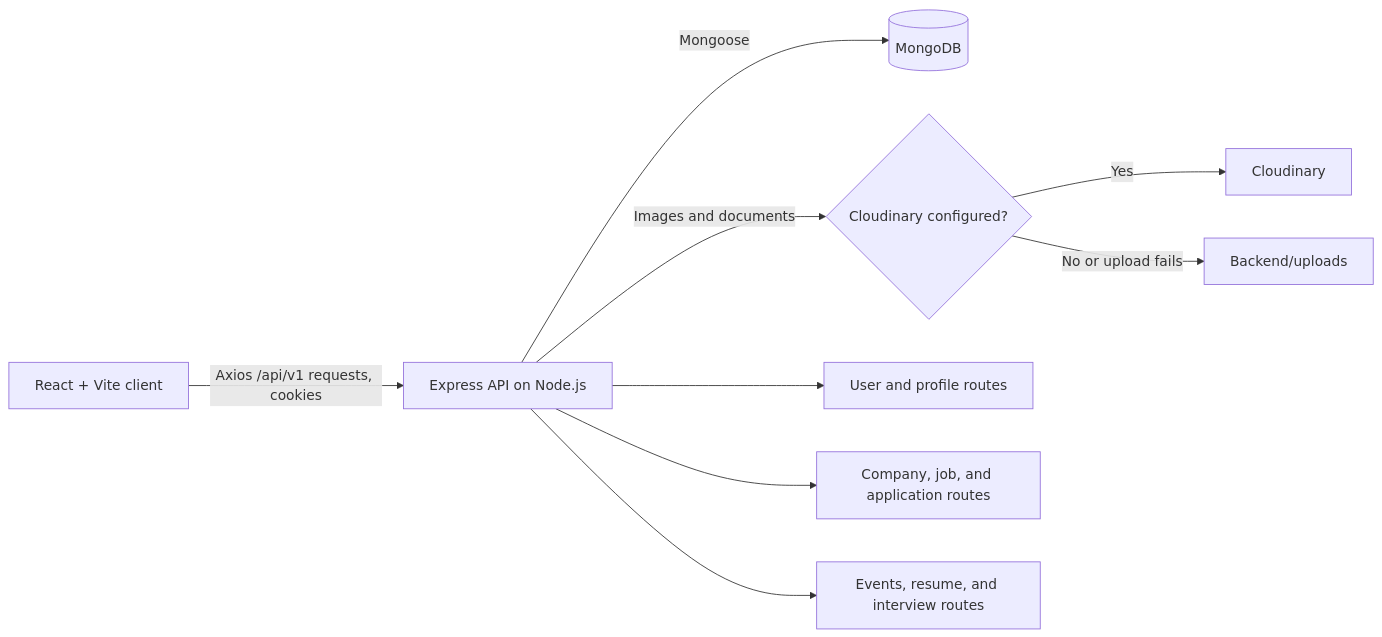
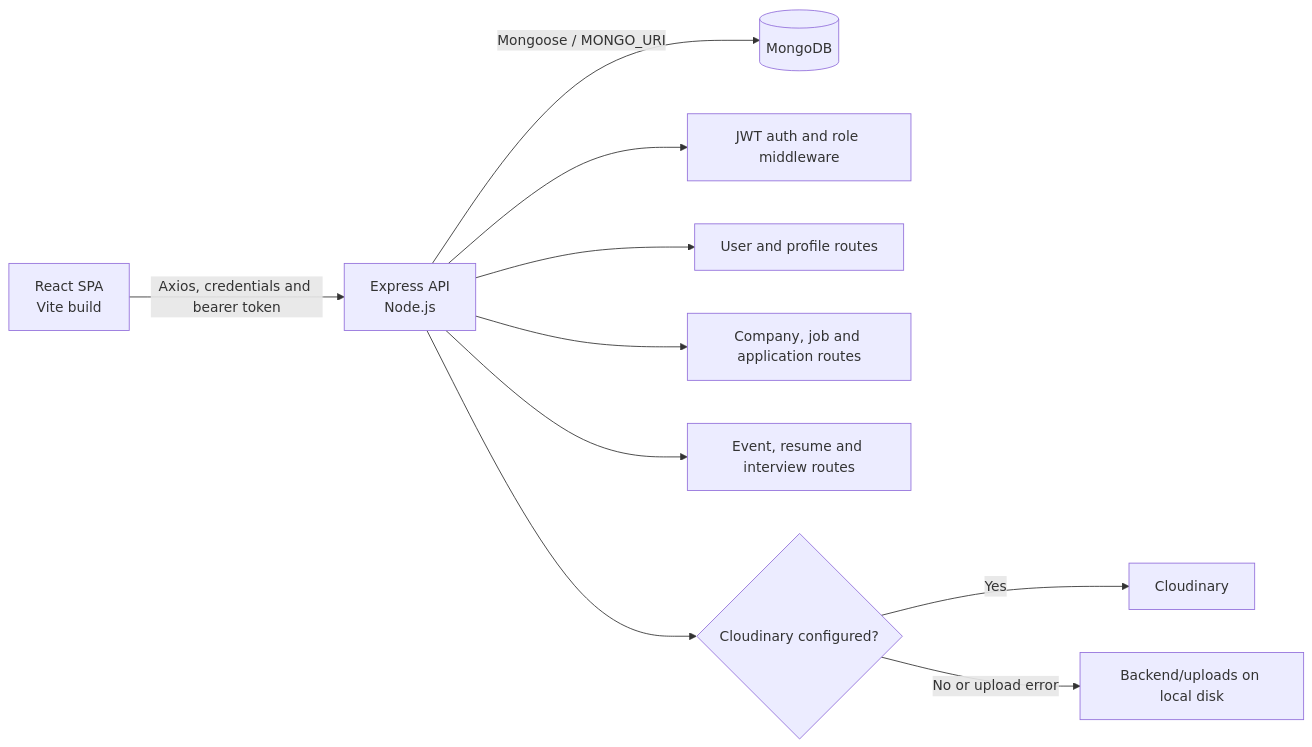
One commit to shrrya19/Job-Portal-AWS changed the first of 3 diagrams in README.md. Above: the diagram before and after it, drawn with Mermaid. The commit also changed other lines of this file, not shown here.

````diff
--- a/README.md
+++ b/README.md
@@ -21,11 +35,12 @@
 ```mermaid
 flowchart LR
-    Browser[React + Vite client] -->|Axios /api/v1 requests, cookies| API[Express API on Node.js]
-    API -->|Mongoose| DB[(MongoDB)]
-    API -->|Images and documents| Media{Cloudinary configured?}
-    Media -->|Yes| Cloudinary[Cloudinary]
-    Media -->|No or upload fails| Disk[Backend/uploads]
-    API --> UserRoutes[User and profile routes]
-    API --> JobRoutes[Company, job, and application routes]
-    API --> CareerRoutes[Events, resume, and interview routes]
+    Browser[React SPA<br/>Vite build] -->|Axios, credentials and bearer token| API[Express API<br/>Node.js]
+    API -->|Mongoose / MONGO_URI| Mongo[(MongoDB)]
+    API --> Auth[JWT auth and role middleware]
+    API --> Users[User and profile routes]
+    API --> Jobs[Company, job and application routes]
+    API --> Career[Event, resume and interview routes]
+    API --> Upload{Cloudinary configured?}
+    Upload -->|Yes| Cloudinary[Cloudinary]
+    Upload -->|No or upload error| Disk[Backend/uploads on local disk]
 ```
````
